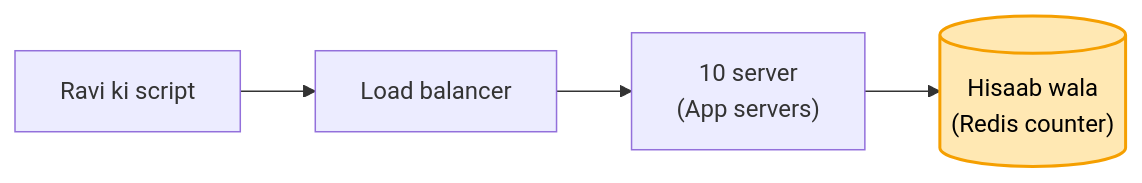
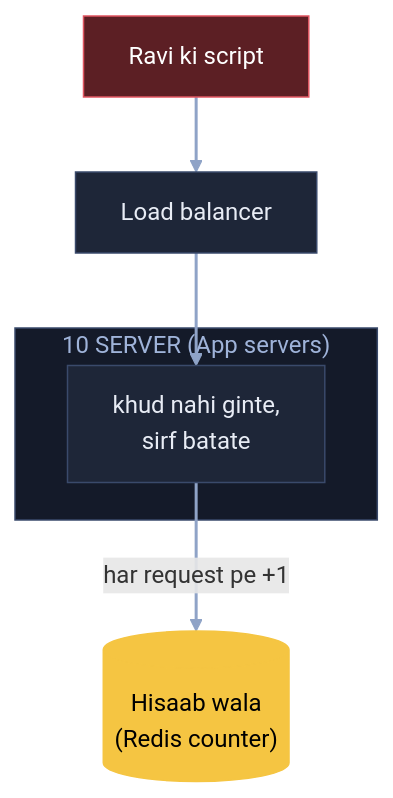
The first of 9 diagrams in 04_HLD/SYSTEM_DESIGNS/02_rate_limiter/02_rate_limiter.md (ArpanMaheshwari144/Prep), drawn with Mermaid before and after one commit. The commit also changed other lines of this file, not shown here.

Commit message:
Rate limiter: 9 diagram YouTube (reel) wale card andaaz me

````diff
--- a/04_HLD/SYSTEM_DESIGNS/02_rate_limiter/02_rate_limiter.md
+++ b/04_HLD/SYSTEM_DESIGNS/02_rate_limiter/02_rate_limiter.md
@@ -44,7 +44,18 @@
 ```mermaid
-flowchart LR
-    U["Ravi ki script"] --> LB["Load balancer"]
-    LB --> S["10 server<br/>(App servers)"]
-    S --> R[("Hisaab wala<br/>(Redis counter)")]
-    style R fill:#ffe8b3,stroke:#f59f00,stroke-width:2px,color:#000
+flowchart TB
+    U["Ravi ki script"]:::bad
+    LB["Load balancer"]:::card
+    subgraph AS["10 SERVER (App servers)"]
+        S["khud nahi ginte,<br/>sirf batate"]:::card
+    end
+    R[("Hisaab wala<br/>(Redis counter)")]:::pill
+    U --> LB
+    LB --> S
+    S -- "har request pe +1" --> R
+    linkStyle default stroke:#8fa3c7,stroke-width:2px
+    classDef card fill:#1e2638,stroke:#3a4a6b,color:#e8ecf5
+    classDef pill fill:#f5c542,stroke:#f5c542,color:#000
+    classDef good fill:#2e7d4f,stroke:#3fbf6f,color:#fff
+    classDef bad fill:#5c1f24,stroke:#e05561,color:#fff
+    style AS fill:#141a29,stroke:#3a4a6b,color:#9fb3d9
 ```
````
